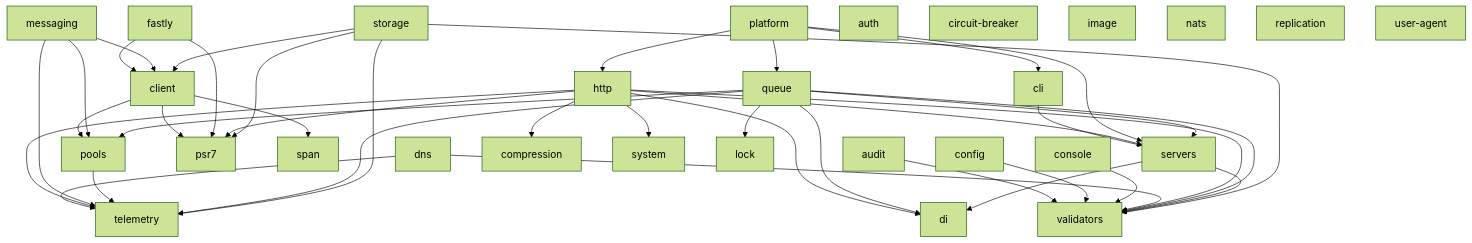
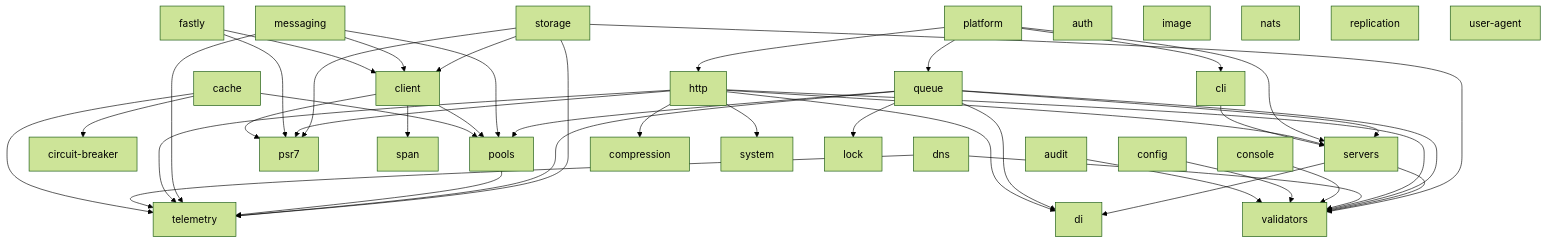
One commit to utopia-php/monorepo changed the diagram in README.md. Above: the diagram before and after it, drawn with Mermaid (forest theme). The commit also changed 68 other files, not shown here.

````diff
--- a/README.md
+++ b/README.md
@@ -48,47 +48,49 @@
 ```mermaid
 graph TD
     audit --> validators
+    cache --> circuit-breaker
+    cache --> pools
+    cache --> telemetry
     cli --> servers
     client --> pools
     client --> psr7
     client --> span
     config --> validators
     console --> validators
     dns --> telemetry
     dns --> validators
     fastly --> client
     fastly --> psr7
     http --> di
     http --> servers
     http --> compression
     http --> psr7
     http --> telemetry
     http --> validators
     http --> system
     messaging --> client
     messaging --> pools
     messaging --> telemetry
     platform --> cli
     platform --> http
     platform --> queue
     platform --> servers
     pools --> telemetry
     queue --> di
     queue --> lock
     queue --> servers
     queue --> pools
     queue --> telemetry
     queue --> validators
     servers --> di
     servers --> validators
     storage --> telemetry
     storage --> validators
     storage --> client
     storage --> psr7
     auth
-    circuit-breaker
     image
     nats
     replication
     user-agent
 ```
````
